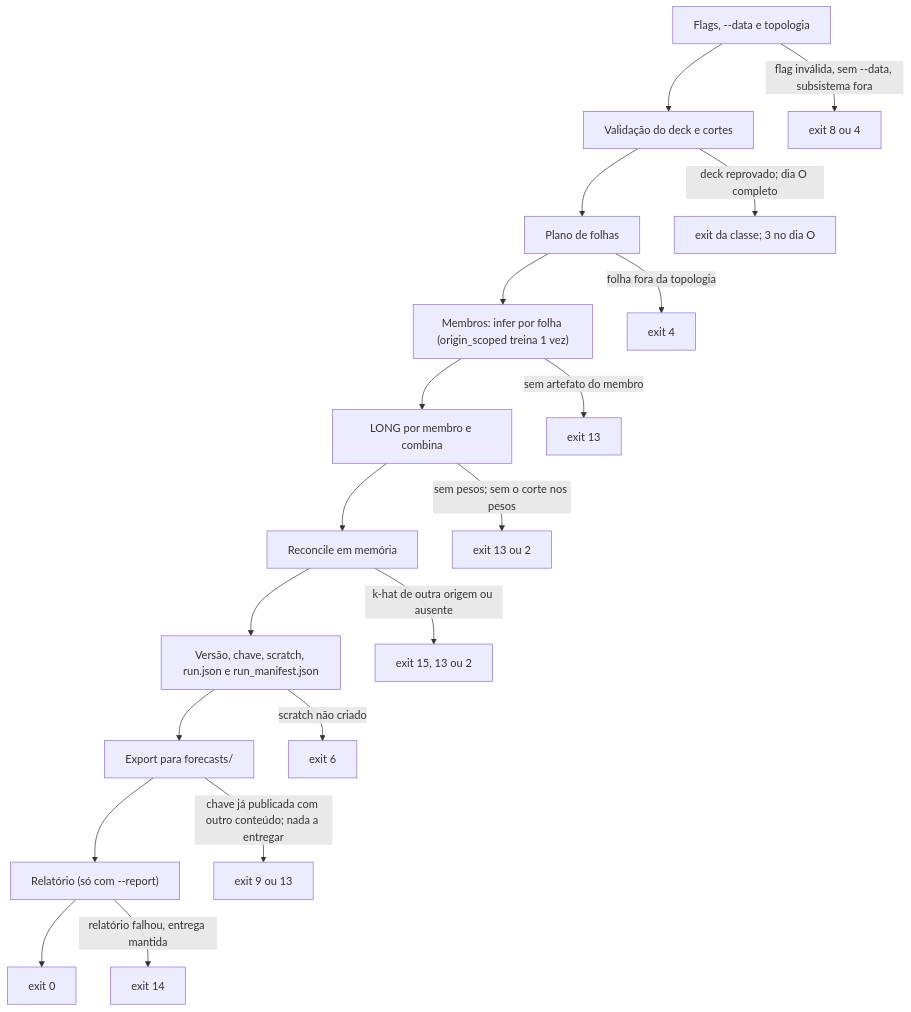
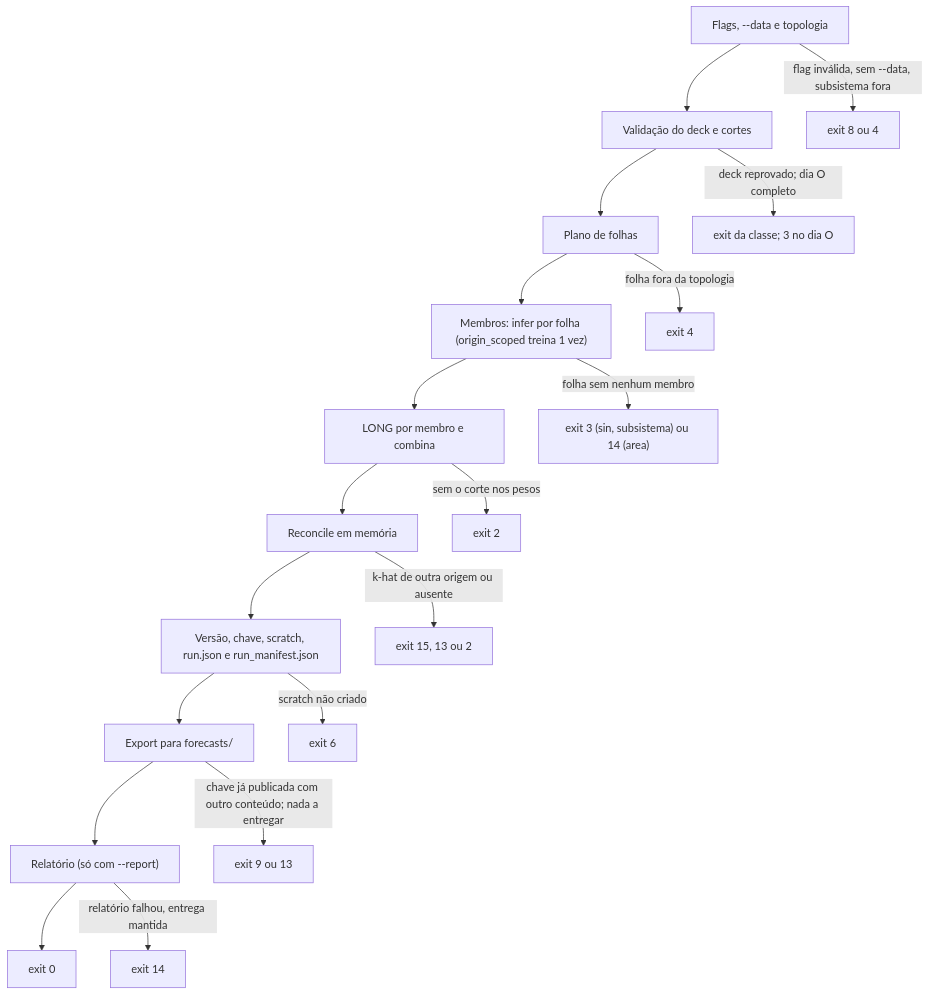
Before and after one commit to ONSBR/prevcarga: the diagram in website/docs/execucao/08-rodada-diaria.mdx, drawn with Mermaid. The commit also changed other lines of this file and 28 other files, not shown here.

First line of the commit message:
docs(site): escopo do forecast, membro ausente, corte do horizonte, EQW, MAPE/WMAPE, HW univariado, validate-deck e flags novas

````diff
--- a/website/docs/execucao/08-rodada-diaria.mdx
+++ b/website/docs/execucao/08-rodada-diaria.mdx
@@ -80,21 +103,21 @@
 ```mermaid
 flowchart TB
   F["Flags, --data e topologia"]:::fundacao --> G["Validação do deck e cortes"]:::corte
   G --> P["Plano de folhas"]:::fundacao
   P --> M["Membros: infer por folha (origin_scoped treina 1 vez)"]:::plugin
   M --> C["LONG por membro e combina"]:::fundacao
   C --> R["Reconcile em memória"]:::fundacao
   R --> K["Versão, chave, scratch, run.json e run_manifest.json"]:::fundacao
   K --> E["Export para forecasts/"]:::fundacao
   E --> Q["Relatório (só com --report)"]:::fundacao
   Q --> OK["exit 0"]
   F -->|"flag inválida, sem --data, subsistema fora"| X8["exit 8 ou 4"]:::erro
   G -->|"deck reprovado; dia O completo"| X3["exit da classe; 3 no dia O"]:::erro
   P -->|"folha fora da topologia"| X4["exit 4"]:::erro
-  M -->|"sem artefato do membro"| X13["exit 13"]:::erro
-  C -->|"sem pesos; sem o corte nos pesos"| X13b["exit 13 ou 2"]:::erro
+  M -->|"folha sem nenhum membro"| X3b["exit 3 (sin, subsistema) ou 14 (area)"]:::erro
+  C -->|"sem o corte nos pesos"| X13b["exit 2"]:::erro
   R -->|"k-hat de outra origem ou ausente"| X15["exit 15, 13 ou 2"]:::erro
   K -->|"scratch não criado"| X6["exit 6"]:::erro
   E -->|"chave já publicada com outro conteúdo; nada a entregar"| X9["exit 9 ou 13"]:::erro
   Q -->|"relatório falhou, entrega mantida"| X14["exit 14"]:::erro
 ```
````
